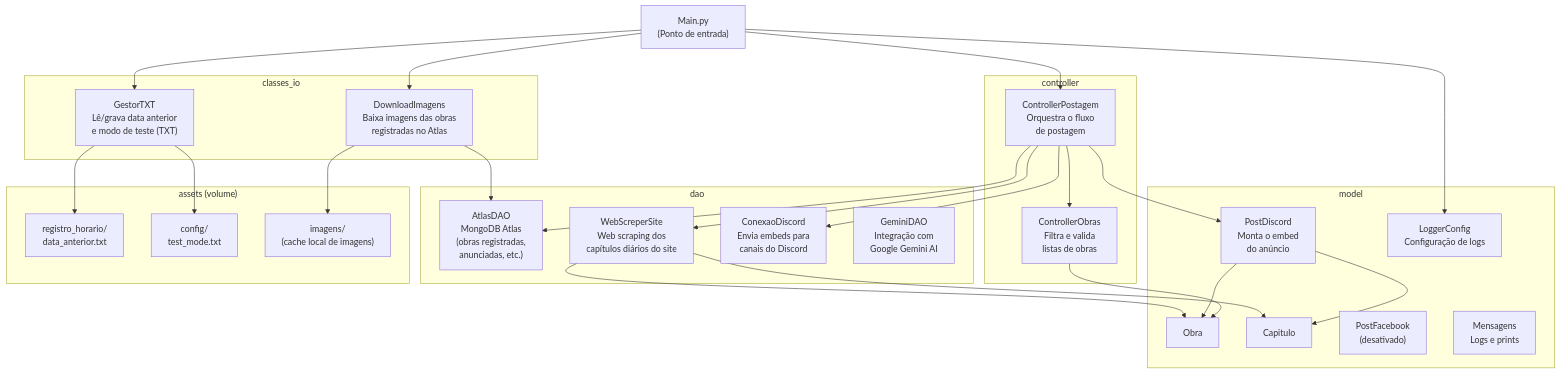
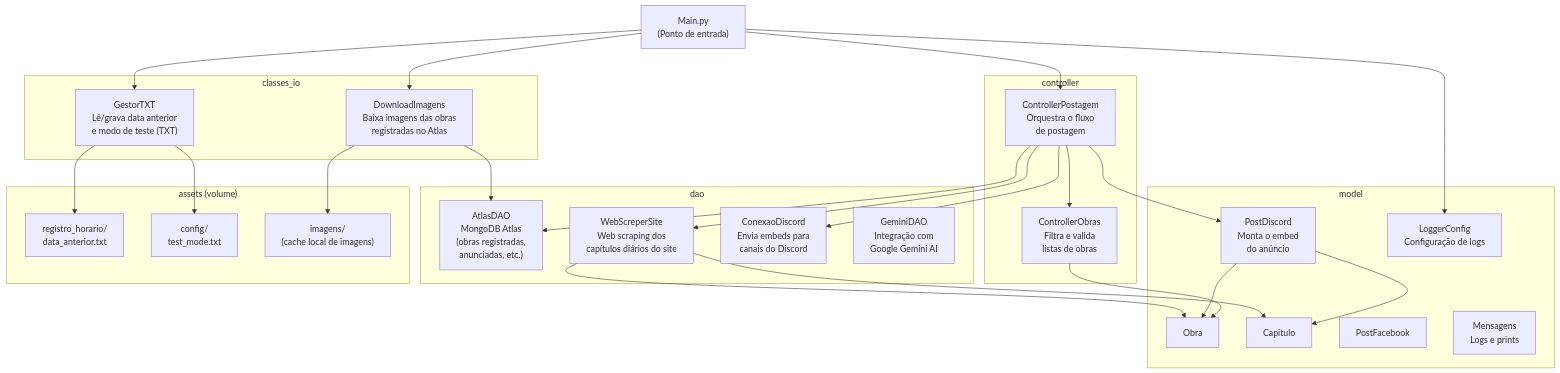
The diagram in README.md (Vincius-dev/bot-notification), drawn with Mermaid before and after one commit. The commit also changed other lines of this file and 6 other files, not shown here.

````diff
--- a/README.md
+++ b/README.md
@@ -9,61 +9,61 @@
 ```mermaid
 flowchart TD
     MAIN["Main.py\n(Ponto de entrada)"]
 
     subgraph classes_io ["classes_io"]
         GESTOR["GestorTXT\nLê/grava data anterior\ne modo de teste (TXT)"]
         DOWNLOAD["DownloadImagens\nBaixa imagens das obras\nregistradas no Atlas"]
     end
 
     subgraph controller ["controller"]
         CTRL_POST["ControllerPostagem\nOrquestra o fluxo\nde postagem"]
         CTRL_OBRA["ControllerObras\nFiltra e valida\nlistas de obras"]
     end
 
     subgraph dao ["dao"]
         ATLAS["AtlasDAO\nMongoDB Atlas\n(obras registradas,\nanunciadas, etc.)"]
         SCRAPER["WebScreperSite\nWeb scraping dos\ncapítulos diários do site"]
         DISCORD["ConexaoDiscord\nEnvia embeds para\ncanais do Discord"]
         GEMINI["GeminiDAO\nIntegração com\nGoogle Gemini AI"]
     end
 
     subgraph model ["model"]
         OBRA["Obra"]
         CAPITULO["Capitulo"]
         POST_DC["PostDiscord\nMonta o embed\ndo anúncio"]
-        POST_FB["PostFacebook\n(desativado)"]
+        POST_FB["PostFacebook"]
         MSGS["Mensagens\nLogs e prints"]
         LOGGER["LoggerConfig\nConfiguração de logs"]
     end
 
     subgraph assets ["assets (volume)"]
         TXT_DATA["registro_horario/\ndata_anterior.txt"]
         TXT_MODE["config/\ntest_mode.txt"]
         IMGS["imagens/\n(cache local de imagens)"]
     end
 
     MAIN --> GESTOR
     MAIN --> DOWNLOAD
     MAIN --> CTRL_POST
     MAIN --> LOGGER
 
     GESTOR --> TXT_DATA
     GESTOR --> TXT_MODE
 
     DOWNLOAD --> ATLAS
     DOWNLOAD --> IMGS
 
     CTRL_POST --> ATLAS
     CTRL_POST --> SCRAPER
     CTRL_POST --> CTRL_OBRA
     CTRL_POST --> POST_DC
     CTRL_POST --> DISCORD
 
     SCRAPER --> OBRA
     SCRAPER --> CAPITULO
 
     POST_DC --> OBRA
     POST_DC --> CAPITULO
 
     CTRL_OBRA --> OBRA
 ```
````
